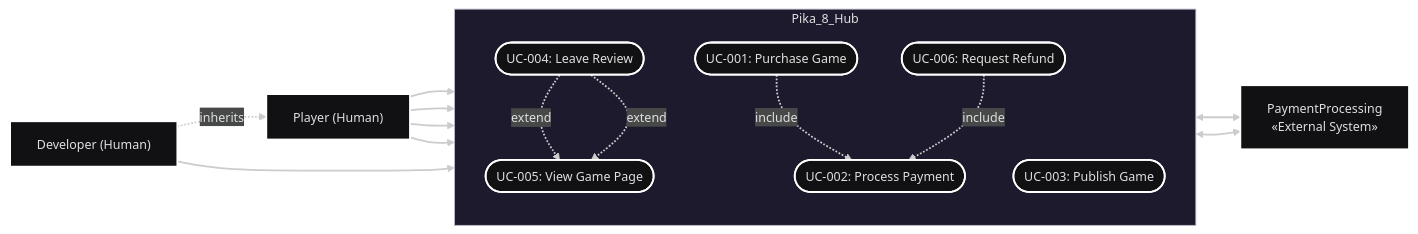
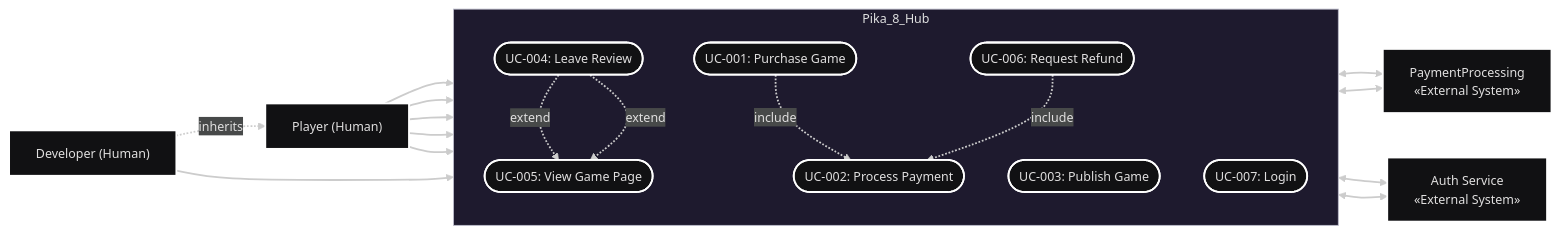
The diagram in lab_1/use_cases.mmd (KotiasFeet/kpi_2026), drawn with Mermaid before and after one commit. The commit also changed 2 other files, not shown here.

Commit message:
Auth Service Justification

```diff
--- a/lab_1/use_cases.mmd
+++ b/lab_1/use_cases.mmd
@@ -1,34 +1,39 @@
 ---
 config:
   theme: redux-dark-color
 ---
 flowchart LR
     player["Player (Human)"]
     dev["Developer (Human)"]
     pg["PaymentProcessing <br> «External System»"]
+    as["Auth Service <br> «External System»"]
 
     dev -. "inherits" .-> player
 
     subgraph Pika_8_Hub
         direction TB
         UC1(["UC-001: Purchase Game"])
         UC2(["UC-002: Process Payment"])
         UC3(["UC-003: Publish Game"])
         UC4(["UC-004: Leave Review"])
         UC5(["UC-005: View Game Page"])
         UC6(["UC-006: Request Refund"])
+				UC7(["UC-007: Login"])
     end
 
     player --> UC1
     player --> UC4
     player --> UC5
     dev --> UC3
     player --> UC6
+    player --> UC7
 
 		UC1 <--> pg
     UC6 <--> pg
+    UC6 <--> as
+    UC7 <--> as
     UC4 -. "extend" .-> UC5
 
     UC1 -. "include" .-> UC2
     UC4 -. "extend" .-> UC5
     UC6 -. "include" .-> UC2
```
